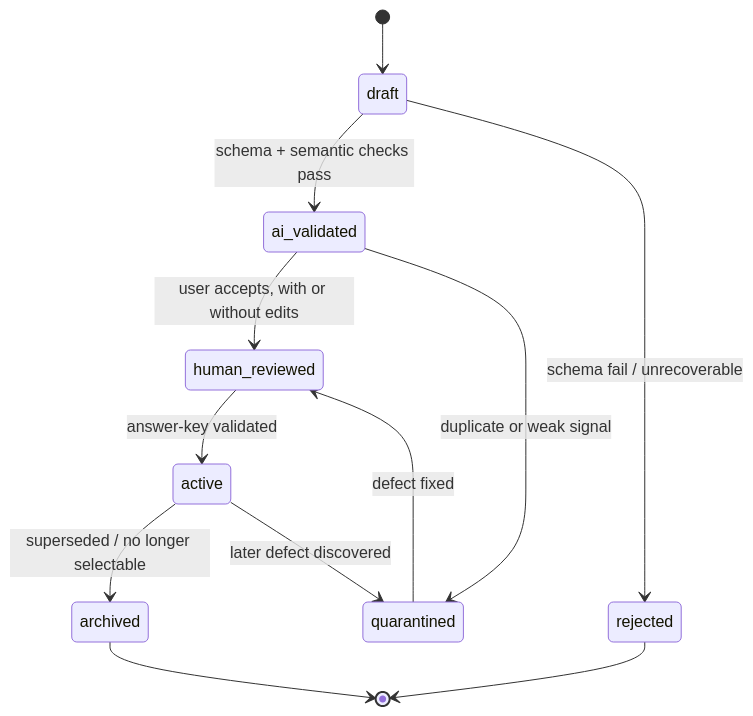
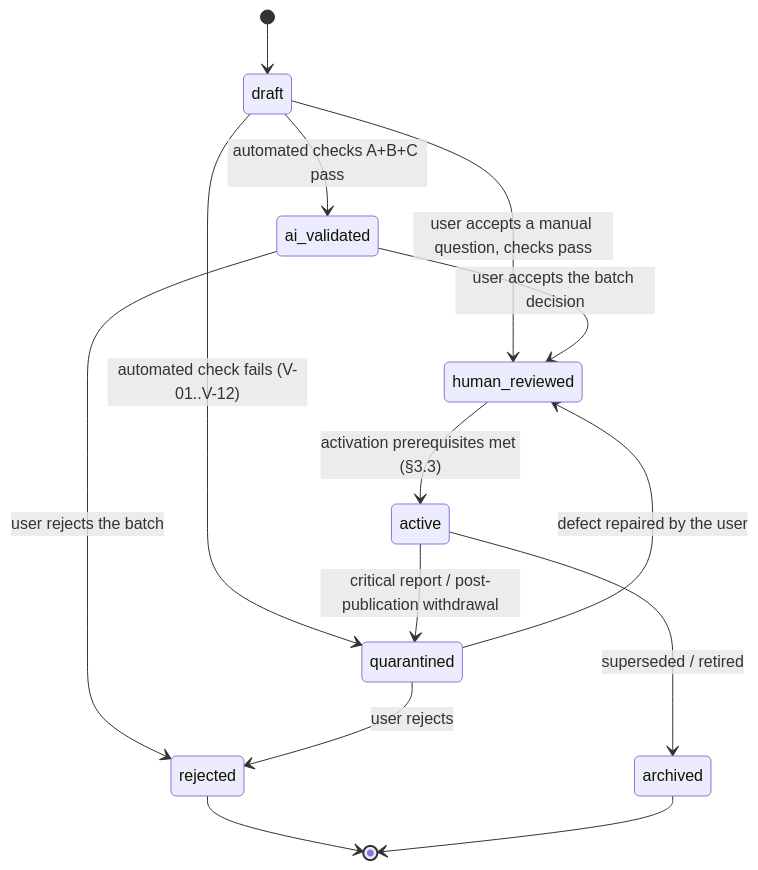
One commit to Sakbanullah/tryoutsim changed the diagram in docs/examination/QUESTION_SPECIFICATION.md. Above: the diagram before and after it, drawn with Mermaid. The commit also changed other lines of this file and 74 other files, not shown here.

````diff
--- a/docs/examination/QUESTION_SPECIFICATION.md
+++ b/docs/examination/QUESTION_SPECIFICATION.md
@@ -84,14 +205,16 @@
 ```mermaid
 stateDiagram-v2
   [*] --> draft
-  draft --> ai_validated : schema + semantic checks pass
-  draft --> rejected : schema fail / unrecoverable
-  ai_validated --> human_reviewed : user accepts, with or without edits
-  ai_validated --> quarantined : duplicate or weak signal
-  human_reviewed --> active : answer-key validated
-  active --> archived : superseded / no longer selectable
-  active --> quarantined : later defect discovered
-  quarantined --> human_reviewed : defect fixed
+  draft --> ai_validated : automated checks A+B+C pass
+  draft --> quarantined : automated check fails (V-01..V-12)
+  draft --> human_reviewed : user accepts a manual question, checks pass
+  ai_validated --> human_reviewed : user accepts the batch decision
+  ai_validated --> rejected : user rejects the batch
+  human_reviewed --> active : activation prerequisites met (§3.3)
+  active --> quarantined : critical report / post-publication withdrawal
+  active --> archived : superseded / retired
+  quarantined --> human_reviewed : defect repaired by the user
+  quarantined --> rejected : user rejects
   rejected --> [*]
   archived --> [*]
 ```
````
